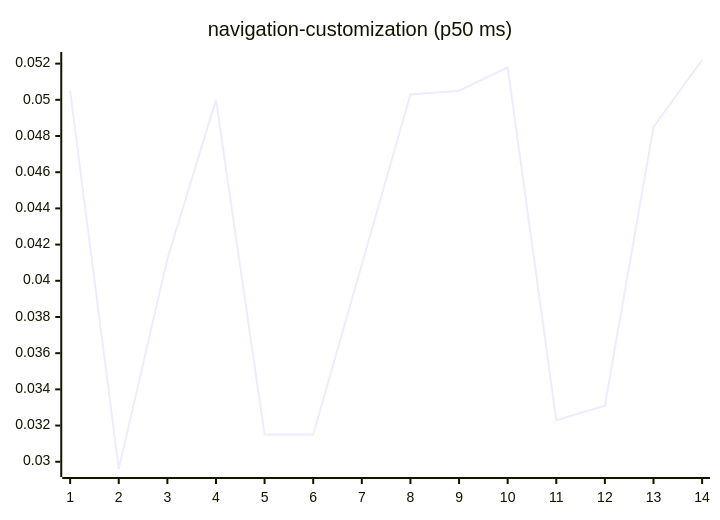
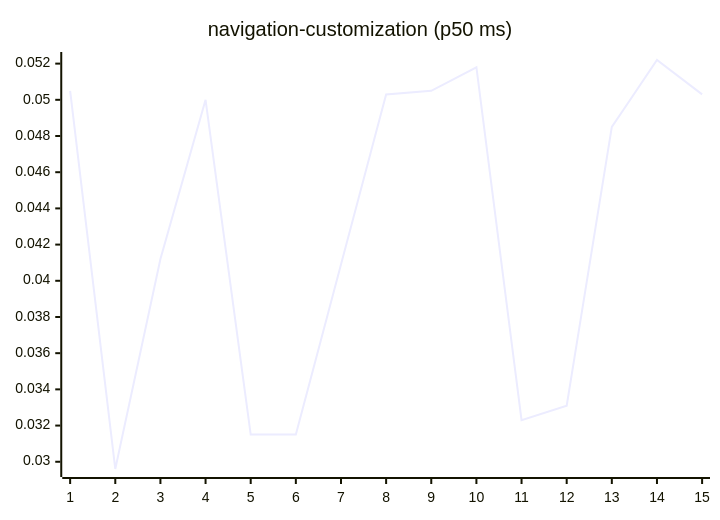
Diagram 15 of 27 in README.md (josha/Facet), drawn with Mermaid before and after one commit. The commit also changed other lines of this file and 2 other files, not shown here.

````diff
--- a/README.md
+++ b/README.md
@@ -161,6 +161,6 @@
 ```mermaid
 xychart-beta
     title "navigation-customization (p50 ms)"
-    x-axis 1 --> 14
-    line [0.0505, 0.0296, 0.0412, 0.0500, 0.0315, 0.0315, 0.0409, 0.0503, 0.0505, 0.0518, 0.0323, 0.0331, 0.0485, 0.0522]
+    x-axis 1 --> 15
+    line [0.0505, 0.0296, 0.0412, 0.0500, 0.0315, 0.0315, 0.0409, 0.0503, 0.0505, 0.0518, 0.0323, 0.0331, 0.0485, 0.0522, 0.0503]
 ```
````
